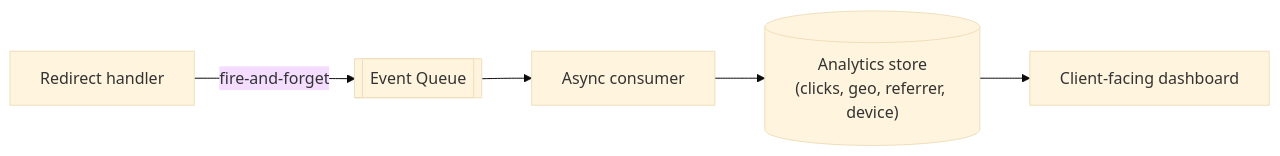
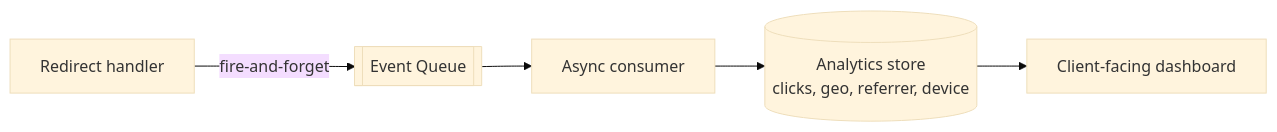
One commit to riyaz-pasha/Learnings changed the tenth of 13 diagrams in system-design/HLD/0-course/34-Design a URL Shortening Service - TinyURL-FAANG-Guide-story.md. Above: the diagram before and after it, drawn with Mermaid (base theme). The commit also changed other lines of this file and 5 other files, not shown here.

Commit message:
[REWRITE] Design Newsfeed story guide: simplify prose, add structure, fix diagrams

````diff
--- a/system-design/HLD/0-course/34-Design a URL Shortening Service - TinyURL-FAANG-Guide-story.md
+++ b/system-design/HLD/0-course/34-Design a URL Shortening Service - TinyURL-FAANG-Guide-story.md
@@ -244,7 +460,7 @@
 ```mermaid
 flowchart LR
     Redirect["Redirect handler"] -->|"fire-and-forget"| Queue[["Event Queue"]]
     Queue --> Consumer["Async consumer"]
-    Consumer --> Store[("Analytics store\n(clicks, geo, referrer, device)")]
+    Consumer --> Store[("Analytics store<br/>clicks, geo, referrer, device")]
     Store --> Dashboard["Client-facing dashboard"]
 ```
````
